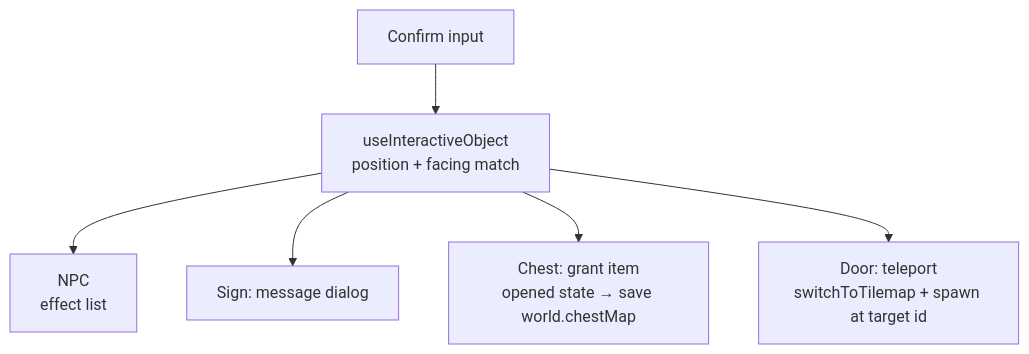
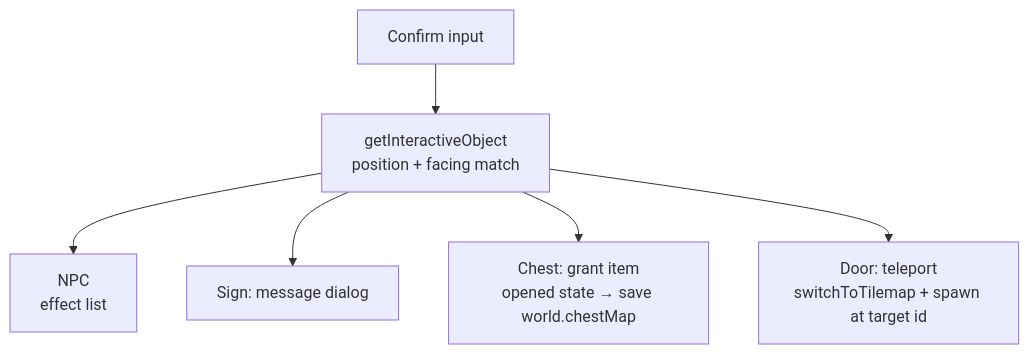
Before and after one commit to Esposter/Esposter: the diagram in openspec/specs/dungeons/world/design.md, drawn with Mermaid. The commit also changed other lines of this file and 133 other files, not shown here.

````diff
--- a/openspec/specs/dungeons/world/design.md
+++ b/openspec/specs/dungeons/world/design.md
@@ -13,8 +13,8 @@
 ```mermaid
 flowchart TD
-  confirm[Confirm input] --> gio[useInteractiveObject<br/>position + facing match]
+  confirm[Confirm input] --> gio[getInteractiveObject<br/>position + facing match]
   gio --> npc[NPC<br/>effect list]
   gio --> sign[Sign: message dialog]
   gio --> chest[Chest: grant item<br/>opened state → save world.chestMap]
   gio --> door[Door: teleport<br/>switchToTilemap + spawn at target id]
 ```
````
